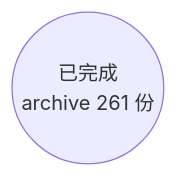
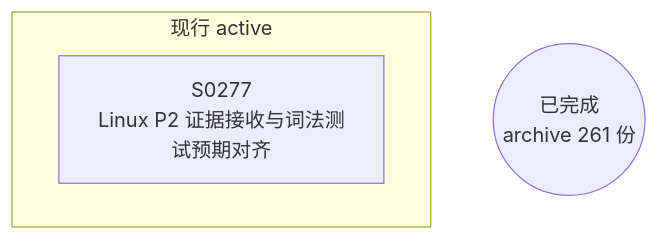
One commit to Halckon/Koven changed the diagram in docs/specs/dependency-graph.md. Above: the diagram before and after it, drawn with Mermaid. The commit also changed other lines of this file and 12 other files, not shown here.

````diff
--- a/docs/specs/dependency-graph.md
+++ b/docs/specs/dependency-graph.md
@@ -9,4 +9,7 @@
 ```mermaid
 flowchart TD
 ARCH(("已完成<br/>archive 261 份"))
+subgraph Gactive["现行 active"]
+  S0277["S0277<br/>Linux P2 证据接收与词法测试预期对齐"]
+end
 ```
````
